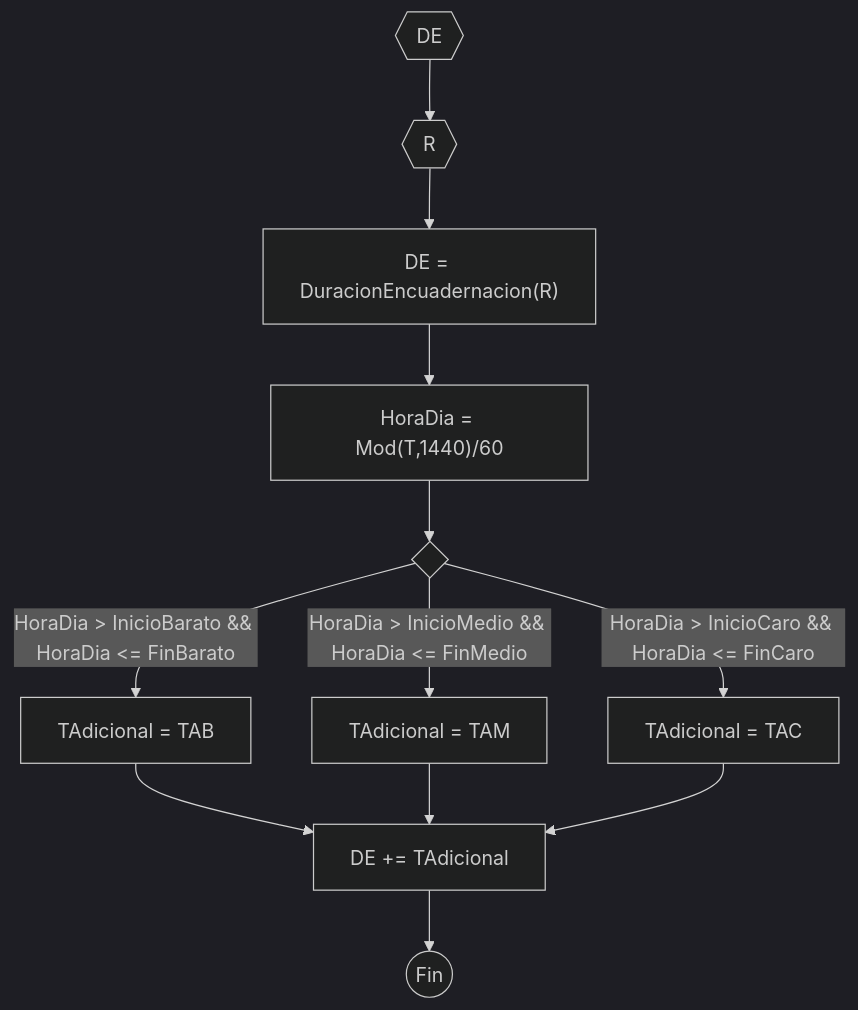
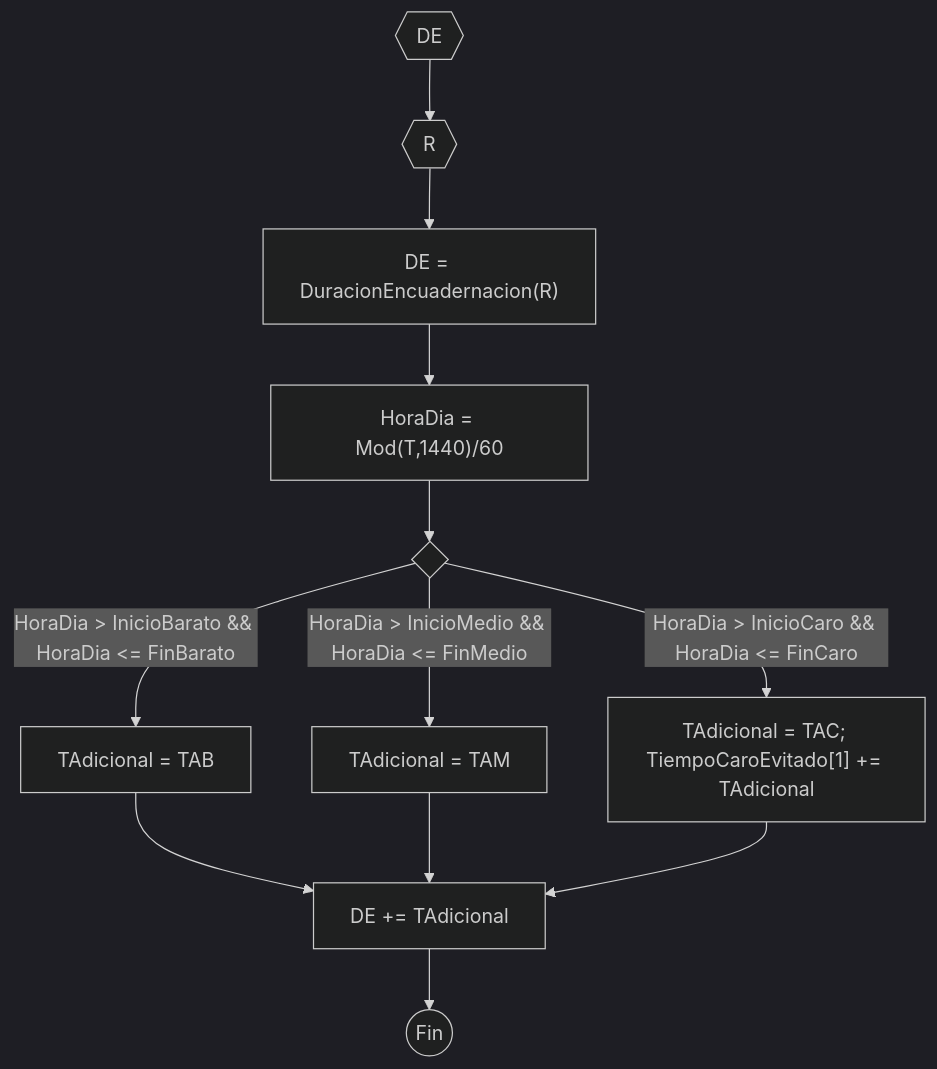
One commit to JuanManuelPrividera/TP-Simu changed the diagram in docs/Diagramas/encuadernacion/DE.mermaid. Above: the diagram before and after it, drawn with Mermaid (dark theme). The commit also changed 12 other files, not shown here.

```diff
--- a/docs/Diagramas/encuadernacion/DE.mermaid
+++ b/docs/Diagramas/encuadernacion/DE.mermaid
@@ -1,12 +1,12 @@
 flowchart TD
     aa{{DE}} --> a{{R}}
     a --> a1["DE = DuracionEncuadernacion(R)"]
     a1 --> a4["HoraDia = Mod(T,1440)/60"]
     a4 --> a2{" "}
     a2 --> |"HoraDia > InicioBarato && HoraDia <= FinBarato"| b[TAdicional = TAB]
     a2 --> |"HoraDia > InicioMedio && HoraDia <= FinMedio"| b1[TAdicional = TAM]
-    a2 --> |"HoraDia > InicioCaro && HoraDia <= FinCaro"| b2[TAdicional = TAC]
+    a2 --> |"HoraDia > InicioCaro && HoraDia <= FinCaro"| b2["TAdicional = TAC; TiempoCaroEvitado[1] += TAdicional"]
     b --> c
     b1 --> c
     b2 --> c[DE += TAdicional]
     c --> d((Fin))
```
